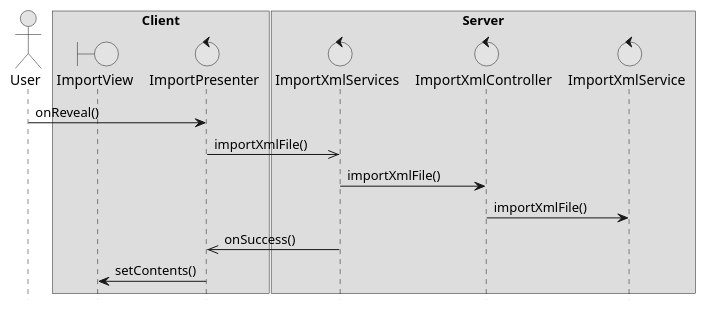
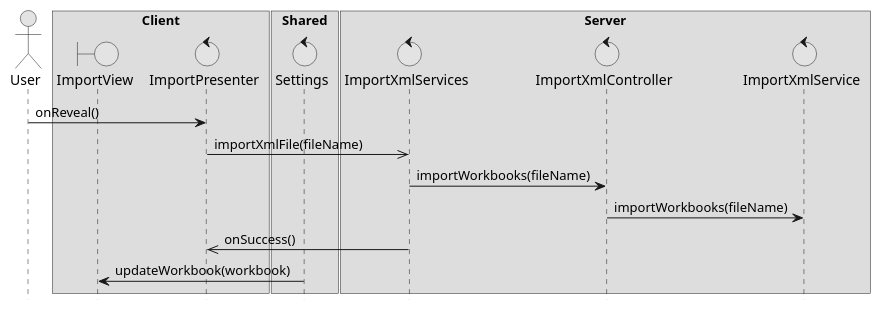
The diagram in docs/red/1161140/sp2/design.puml (Fuel4us/EventManagingApp), drawn with PlantUML before and after one commit. The commit also changed 4 other files, not shown here.

```diff
--- a/docs/red/1161140/sp2/design.puml
+++ b/docs/red/1161140/sp2/design.puml
@@ -1,32 +1,36 @@
 @startuml design
 
 skinparam monochrome true
 skinparam shadowing false
 hide footbox
 
 actor User
 boundary ImportView
 control ImportPresenter
 control ImportXmlServices
 control ImportXmlController
 control ImportXmlService
 
 box "Client"
 participant ImportView
 participant ImportPresenter
 end box
 
+box "Shared"
+control Settings
+end box
+
 box "Server"
 participant ImportXmlServices
 participant ImportXmlController
 participant ImportXmlService
 end box
 
 User -> ImportPresenter : onReveal()
-ImportPresenter ->> ImportXmlServices : importXmlFile()
-ImportXmlServices -> ImportXmlController : importXmlFile()
-ImportXmlController -> ImportXmlService : importXmlFile()
+ImportPresenter ->> ImportXmlServices : importXmlFile(fileName)
+ImportXmlServices -> ImportXmlController : importWorkbooks(fileName)
+ImportXmlController -> ImportXmlService : importWorkbooks(fileName)
 ImportXmlServices ->> ImportPresenter : onSuccess()
-ImportPresenter -> ImportView : setContents()
+Settings -> ImportView : updateWorkbook(workbook)
 
 @enduml
```
